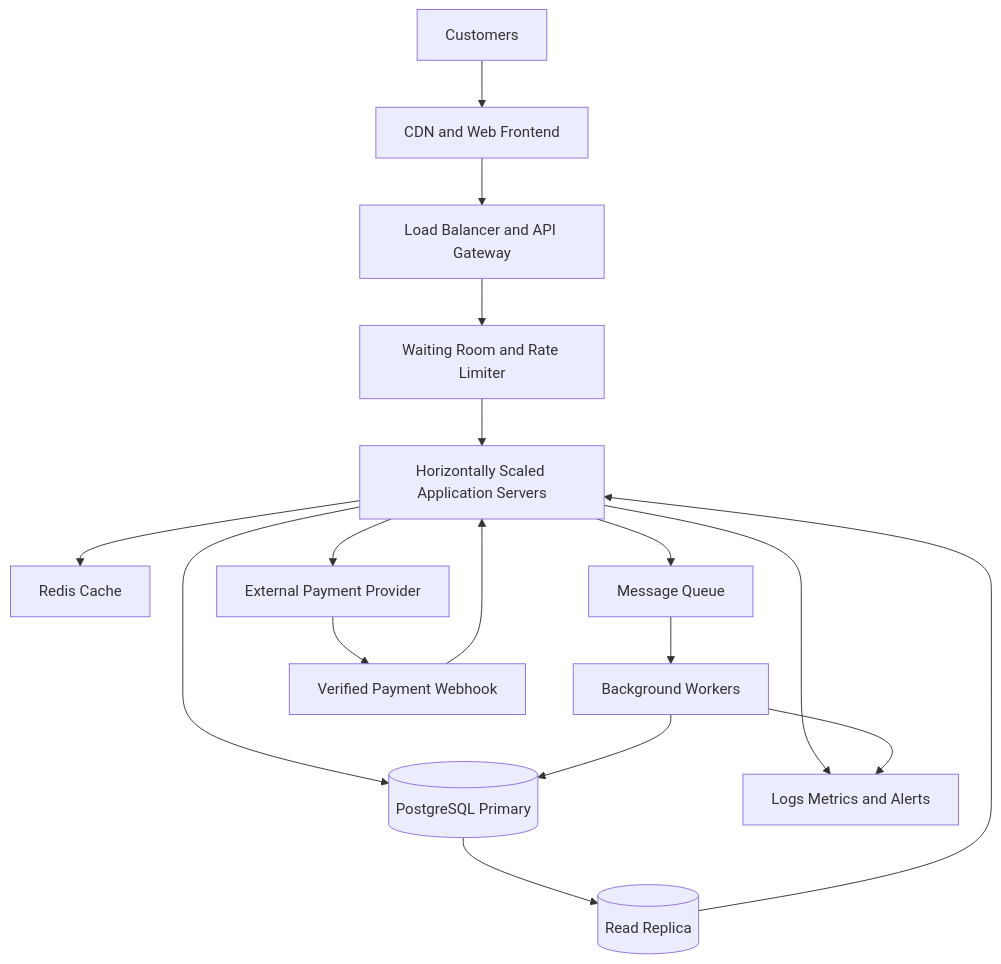
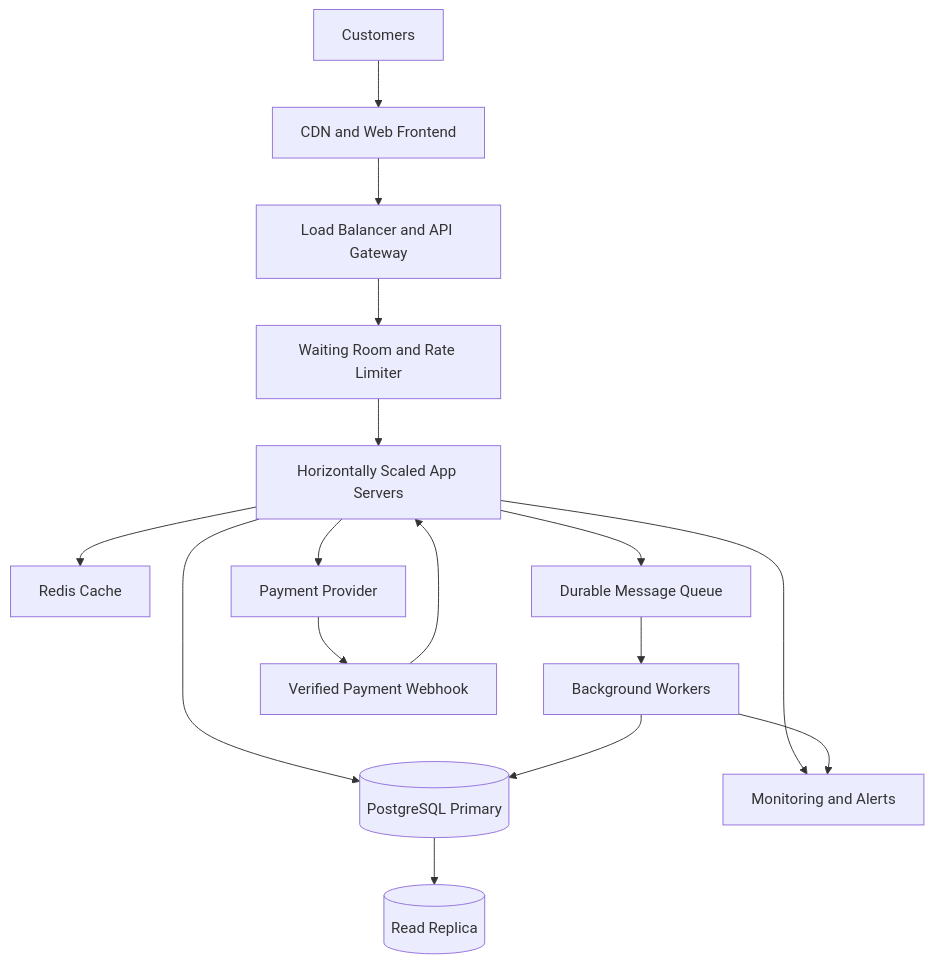
Before and after one commit to hanaDemma/web-foundations: the diagram in web-foundations-days/day8/ticketing-design.md, drawn with Mermaid. The commit also changed other lines of this file, not shown here.

````diff
--- a/web-foundations-days/day8/ticketing-design.md
+++ b/web-foundations-days/day8/ticketing-design.md
@@ -312,22 +354,21 @@
 ```mermaid
 flowchart TD
     U[Customers] --> CDN[CDN and Web Frontend]
     CDN --> LB[Load Balancer and API Gateway]
-    LB --> W[Waiting Room and Rate Limiter]
-    W --> APP[Horizontally Scaled Application Servers]
+    LB --> WR[Waiting Room and Rate Limiter]
+    WR --> APP[Horizontally Scaled App Servers]
 
     APP --> CACHE[Redis Cache]
     APP --> DB[(PostgreSQL Primary)]
-    DB --> REPLICA[(Read Replica)]
-    APP --> Q[Message Queue]
+    DB --> RR[(Read Replica)]
+    APP --> Q[Durable Message Queue]
     Q --> WORKER[Background Workers]
+
+    APP --> PAY[Payment Provider]
+    PAY --> WH[Verified Payment Webhook]
+    WH --> APP
+
     WORKER --> DB
-
-    APP --> PAY[External Payment Provider]
-    PAY --> WEBHOOK[Verified Payment Webhook]
-    WEBHOOK --> APP
-
-    REPLICA --> APP
-    APP --> MON[Logs Metrics and Alerts]
+    APP --> MON[Monitoring and Alerts]
     WORKER --> MON
 ```
````
